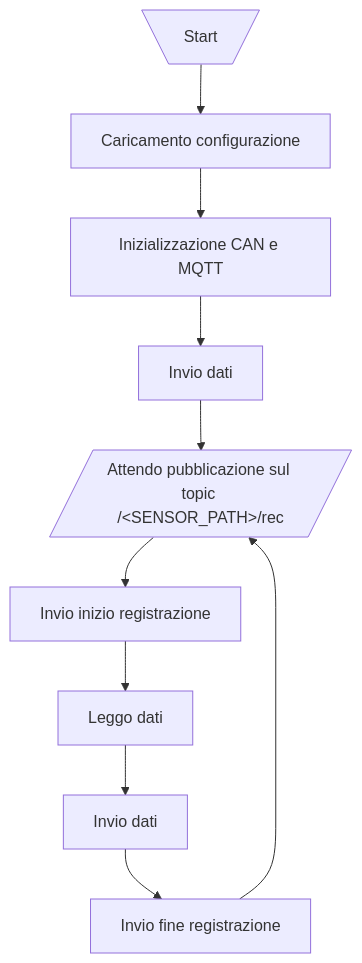
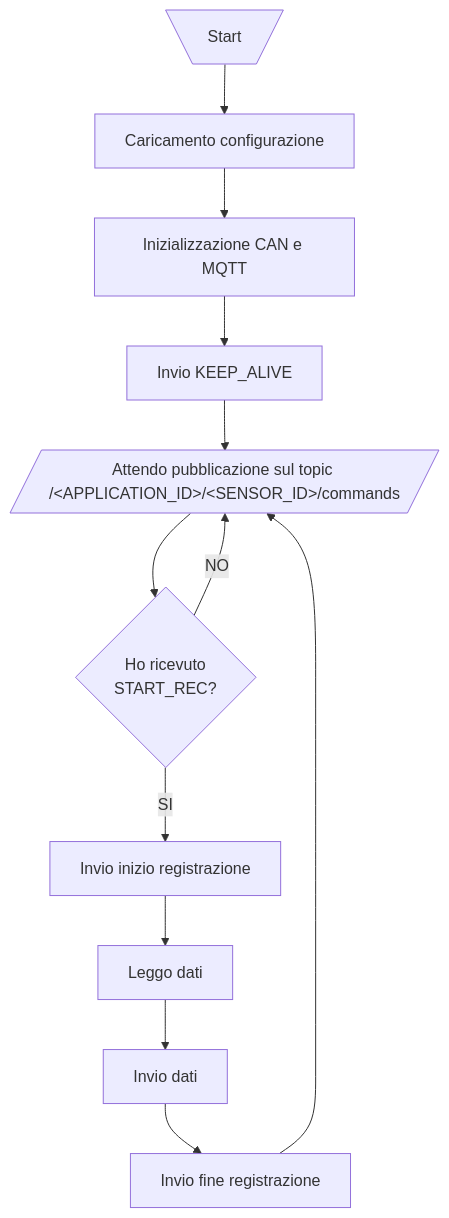
The second of 2 diagrams in node/node.md (monemasrl/irma), drawn with Mermaid before and after one commit. The commit also changed other lines of this file and 2 other files, not shown here.

````diff
--- a/node/node.md
+++ b/node/node.md
@@ -22,13 +22,15 @@
 ```mermaid
 flowchart TD
   A[\Start/] --> B[Caricamento configurazione]
   B --> C[Inizializzazione CAN e MQTT]
-  C --> D[Invio dati]
-  D --> E[/Attendo pubblicazione sul topic /&ltSENSOR_PATH&gt/rec/]
-  E --> F[Invio inizio registrazione]
+  C --> D[Invio KEEP_ALIVE]
+  D --> E[/Attendo pubblicazione sul topic /&ltAPPLICATION_ID&gt/&ltSENSOR_ID&gt/commands/]
+  E --> L{Ho ricevuto<br />START_REC?}
+  L -- SI --> F[Invio inizio registrazione]
+  L -- NO --> E
   F --> G[Leggo dati]
   G --> H[Invio dati]
   H --> I[Invio fine registrazione]
   I --> E
 
 ```
````
